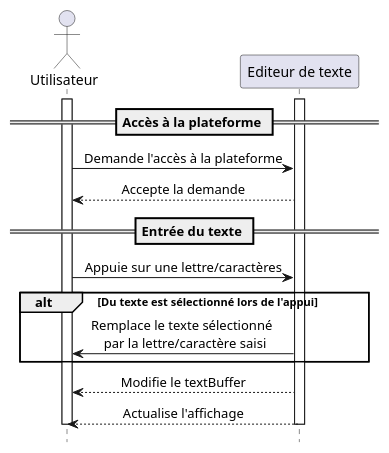
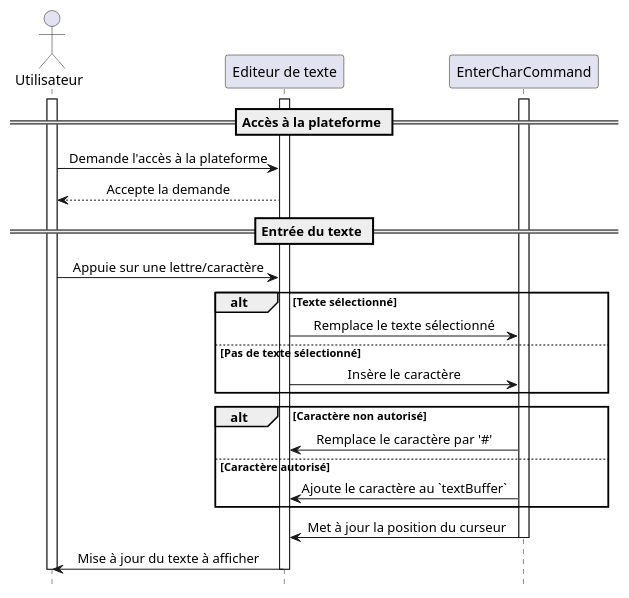
One commit to AquaBx/text-editor changed the diagram in V1/conception/diagramme-sequence/sequence-ecrire/ecrire.puml. Above: the diagram before and after it, drawn with PlantUML. The commit also changed 4 other files, not shown here.

Commit message:
redac cr + diagramme de séquence pour entrer du texte

```diff
--- a/V1/conception/diagramme-sequence/sequence-ecrire/ecrire.puml
+++ b/V1/conception/diagramme-sequence/sequence-ecrire/ecrire.puml
@@ -1,29 +1,42 @@
 @startuml
 hide footbox
 skinparam sequenceMessageAlign center
 
 actor Utilisateur
 participant "Editeur de texte"
+participant "EnterCharCommand"
 
 activate Utilisateur
 activate "Editeur de texte"
 
 == Accès à la plateforme ==
 
 Utilisateur -> "Editeur de texte": Demande l'accès à la plateforme
 Utilisateur <-- "Editeur de texte": Accepte la demande
 
 == Entrée du texte ==
 
-Utilisateur -> "Editeur de texte": Appuie sur une lettre/caractères
+Utilisateur -> "Editeur de texte": Appuie sur une lettre/caractère
 
-alt Du texte est sélectionné lors de l'appui
-  Utilisateur <- "Editeur de texte": Remplace le texte sélectionné \n par la lettre/caractère saisi
+alt Texte sélectionné
+  "Editeur de texte" -> "EnterCharCommand": Remplace le texte sélectionné
+else Pas de texte sélectionné
+  "Editeur de texte" -> "EnterCharCommand": Insère le caractère
 end
 
-Utilisateur <-- "Editeur de texte": Modifie le textBuffer
-Utilisateur <-- "Editeur de texte": Actualise l'affichage
+activate "EnterCharCommand"
+
+alt Caractère non autorisé
+  "EnterCharCommand" -> "Editeur de texte": Remplace le caractère par '#'
+else Caractère autorisé
+  "EnterCharCommand" -> "Editeur de texte": Ajoute le caractère au `textBuffer`
+end
+
+"EnterCharCommand" -> "Editeur de texte": Met à jour la position du curseur
+deactivate "EnterCharCommand"
+
+"Editeur de texte" -> Utilisateur: Mise à jour du texte à afficher
 
 deactivate Utilisateur
 deactivate "Editeur de texte"
 @enduml
```
